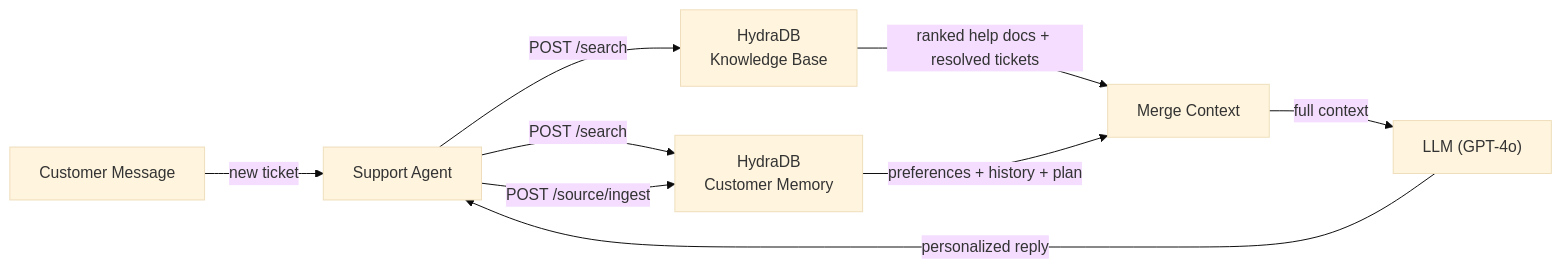
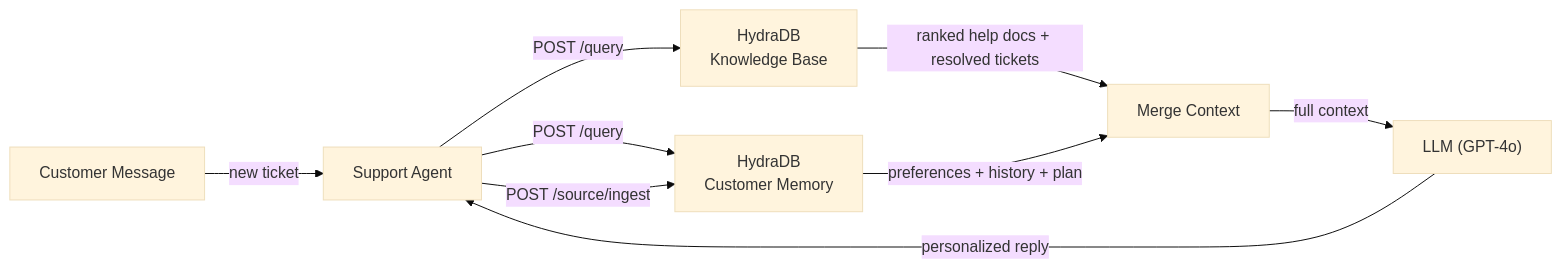
One commit to rupamghosh2006/mintlify-docs changed the diagram in cookbooks/v2/customer-support-agent.mdx. Above: the diagram before and after it, drawn with Mermaid (base theme). The commit also changed other lines of this file and 38 other files, not shown here.

Commit message:
docs refactor search to query

````diff
--- a/cookbooks/v2/customer-support-agent.mdx
+++ b/cookbooks/v2/customer-support-agent.mdx
@@ -59,11 +59,11 @@
 ```mermaid
 graph LR
     A["Customer Message"] -->|"new ticket"| B["Support Agent"]
-    B -->|"POST /search"| C["HydraDB\nKnowledge Base"]
-    B -->|"POST /search"| D["HydraDB\nCustomer Memory"]
+    B -->|"POST /query"| C["HydraDB\nKnowledge Base"]
+    B -->|"POST /query"| D["HydraDB\nCustomer Memory"]
     C -->|"ranked help docs + resolved tickets"| E["Merge Context"]
     D -->|"preferences + history + plan"| E
     E -->|"full context"| F["LLM (GPT-4o)"]
     F -->|"personalized reply"| B
     B -->|"POST /source/ingest"| D
 ```
````
